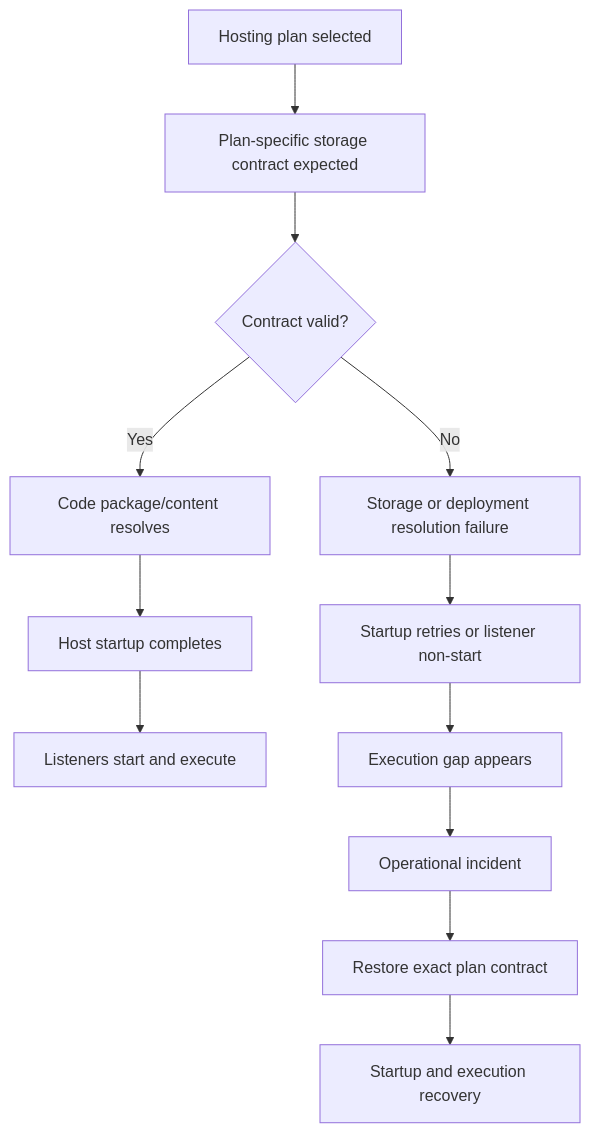
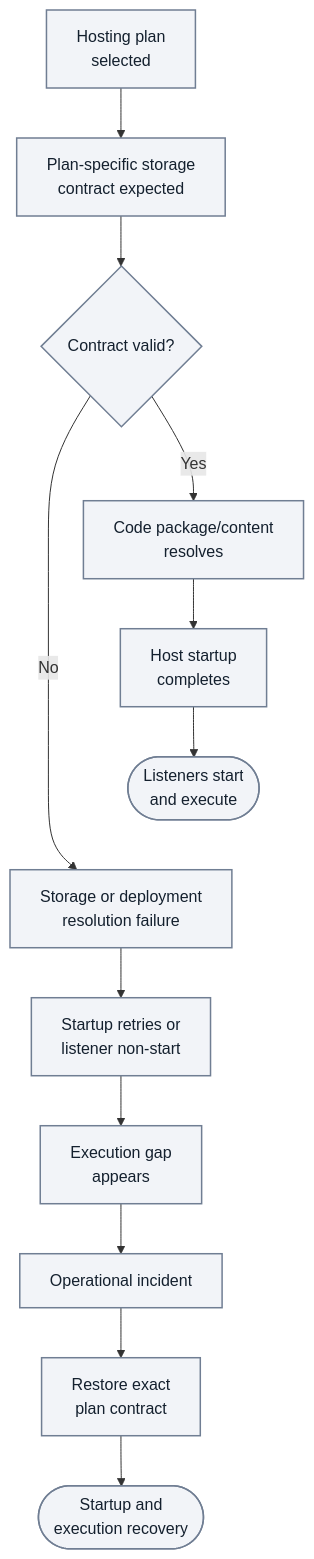
One commit to yeongseon/azure-functions-practical-guide changed the third of 5 diagrams in docs/troubleshooting/lab-guides/code-storage-verification.md. Above: the diagram before and after it, drawn with Mermaid. The commit also changed other lines of this file and 1 other file, not shown here.

First line of the commit message:
docs(diagrams): migrate Functions lab storage network auth — code storage verification (#439)

````diff
--- a/docs/troubleshooting/lab-guides/code-storage-verification.md
+++ b/docs/troubleshooting/lab-guides/code-storage-verification.md
@@ -257,16 +290,20 @@
 ```mermaid
 flowchart TD
-    A[Hosting plan selected] --> B[Plan-specific storage contract expected]
+    accTitle: Code storage hypothesis and recovery chain
+    accDescr: Hypothesized valid-contract and invalid-contract paths, including both Yes and No outcomes and restoration. Validate against the proof and disproof criteria; this is not a deterministic platform guarantee.
+    A["Hosting plan<br/>selected"] --> B["Plan-specific storage<br/>contract expected"]
     B --> C{Contract valid?}
-    C -->|Yes| D["Code package/content resolves"]
-    D --> E[Host startup completes]
-    E --> F[Listeners start and execute]
-
-    C -->|No| G[Storage or deployment resolution failure]
-    G --> H[Startup retries or listener non-start]
-    H --> I[Execution gap appears]
+    C -->|Yes| D["Code package/content<br/>resolves"]
+    D --> E["Host startup<br/>completes"]
+    E --> F(["Listeners start<br/>and execute"])
+    C -->|No| G["Storage or deployment<br/>resolution failure"]
+    G --> H["Startup retries or<br/>listener non-start"]
+    H --> I["Execution gap<br/>appears"]
     I --> J[Operational incident]
-
-    J --> K[Restore exact plan contract]
-    K --> L[Startup and execution recovery]
+    J --> K["Restore exact<br/>plan contract"]
+    K --> L(["Startup and<br/>execution recovery"])
+    %% Layout-only link tiers outcomes; no causal steps or arrows added.
+    F ~~~ G
+    classDef neutral fill:#f2f4f8,stroke:#707e93,stroke-width:1.5px,color:#14202e;
+    class A,B,C,D,E,F,G,H,I,J,K,L neutral;
 ```
````
